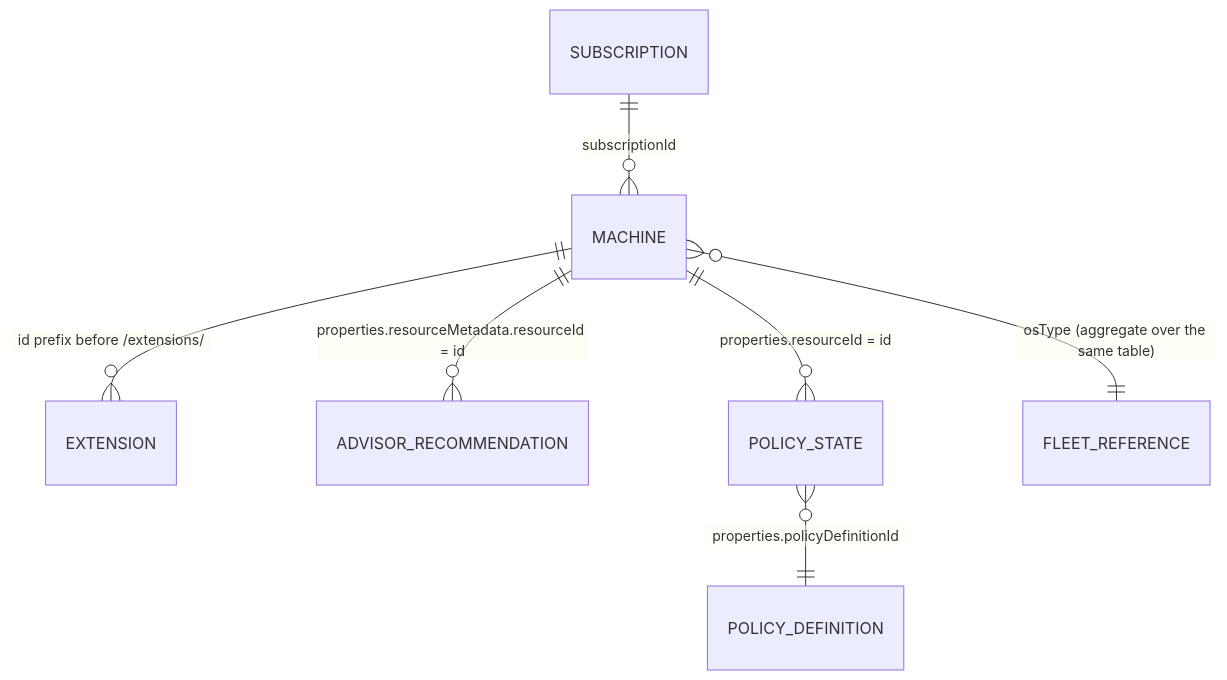
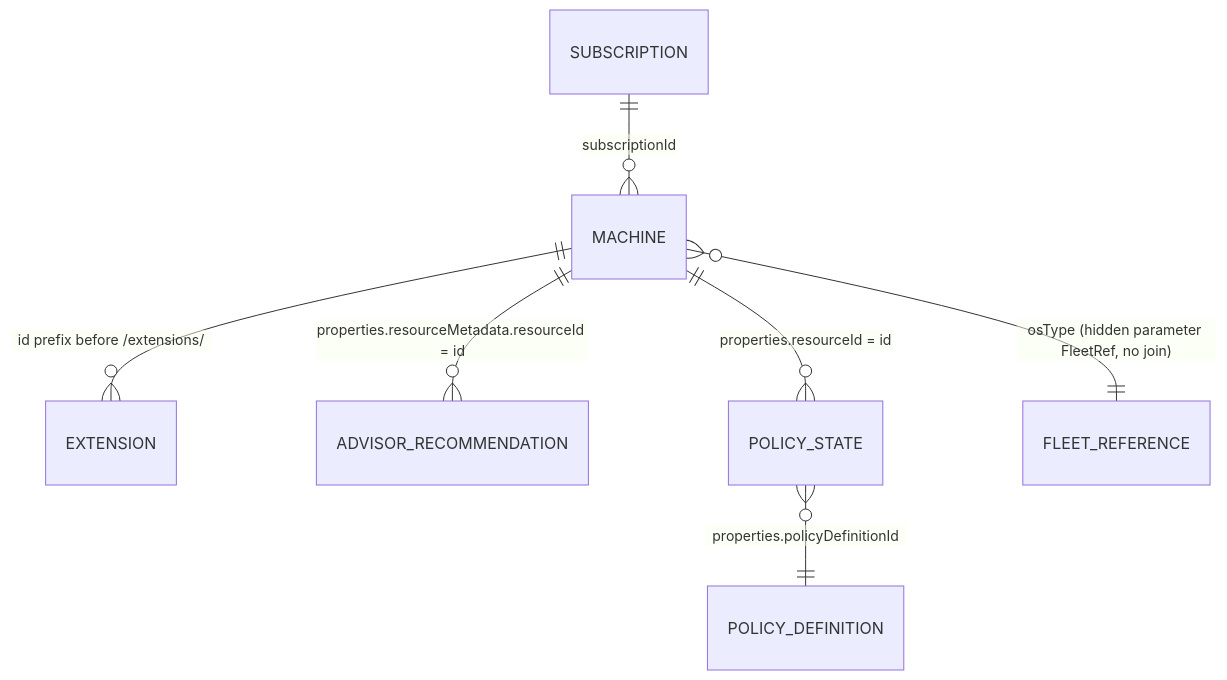
The diagram in workbooks/arc-agent-support/README.md (fabiotreze/AzureArcBRTips), drawn with Mermaid before and after one commit. The commit also changed other lines of this file and 4 other files, not shown here.

Commit message:
Update Arc agent support workbook to v5.1.0 (replace per-query self-join with hidden FleetRef parameter)

````diff
--- a/workbooks/arc-agent-support/README.md
+++ b/workbooks/arc-agent-support/README.md
@@ -52,9 +52,9 @@
 ```mermaid
 erDiagram
     SUBSCRIPTION ||--o{ MACHINE : "subscriptionId"
     MACHINE ||--o{ EXTENSION : "id prefix before /extensions/"
     MACHINE ||--o{ ADVISOR_RECOMMENDATION : "properties.resourceMetadata.resourceId = id"
     MACHINE ||--o{ POLICY_STATE : "properties.resourceId = id"
     POLICY_STATE }o--|| POLICY_DEFINITION : "properties.policyDefinitionId"
-    MACHINE }o--|| FLEET_REFERENCE : "osType (aggregate over the same table)"
+    MACHINE }o--|| FLEET_REFERENCE : "osType (hidden parameter FleetRef, no join)"
 ```
````
